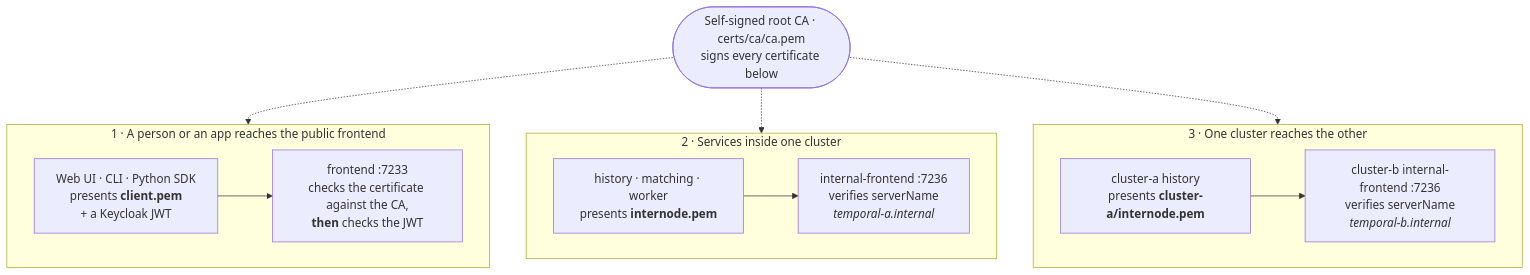
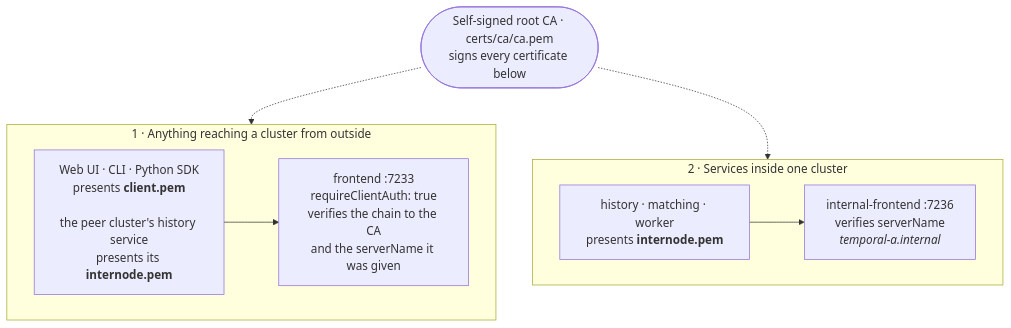
Before and after one commit to adam-quan/temporal-replication-mtls: the second of 2 diagrams in README.md, drawn with Mermaid. The commit also changed other lines of this file and 12 other files, not shown here.

````diff
--- a/README.md
+++ b/README.md
@@ -102,29 +107,21 @@
 ```mermaid
 flowchart TB
     CA(["Self-signed root CA · certs/ca/ca.pem<br/>signs every certificate below"])
 
-    subgraph P1["1 · A person or an app reaches the public frontend"]
+    subgraph P1["1 · Anything reaching a cluster from outside"]
         direction LR
-        C1["Web UI · CLI · Python SDK<br/>presents <b>client.pem</b><br/>+ a Keycloak JWT"]
-        S1["frontend :7233<br/>checks the certificate against the CA,<br/><b>then</b> checks the JWT"]
+        C1["Web UI · CLI · Python SDK<br/>presents <b>client.pem</b><br/><br/>the peer cluster's history service<br/>presents its <b>internode.pem</b>"]
+        S1["frontend :7233<br/>requireClientAuth: true<br/>verifies the chain to the CA<br/>and the serverName it was given"]
         C1 --> S1
     end
 
     subgraph P2["2 · Services inside one cluster"]
         direction LR
         C2["history · matching · worker<br/>presents <b>internode.pem</b>"]
         S2["internal-frontend :7236<br/>verifies serverName<br/><i>temporal-a.internal</i>"]
         C2 --> S2
     end
 
-    subgraph P3["3 · One cluster reaches the other"]
-        direction LR
-        C3["cluster-a history<br/>presents <b>cluster-a/internode.pem</b>"]
-        S3["cluster-b internal-frontend :7236<br/>verifies serverName<br/><i>temporal-b.internal</i>"]
-        C3 --> S3
-    end
-
     CA -.-> P1
     CA -.-> P2
-    CA -.-> P3
 ```
````
